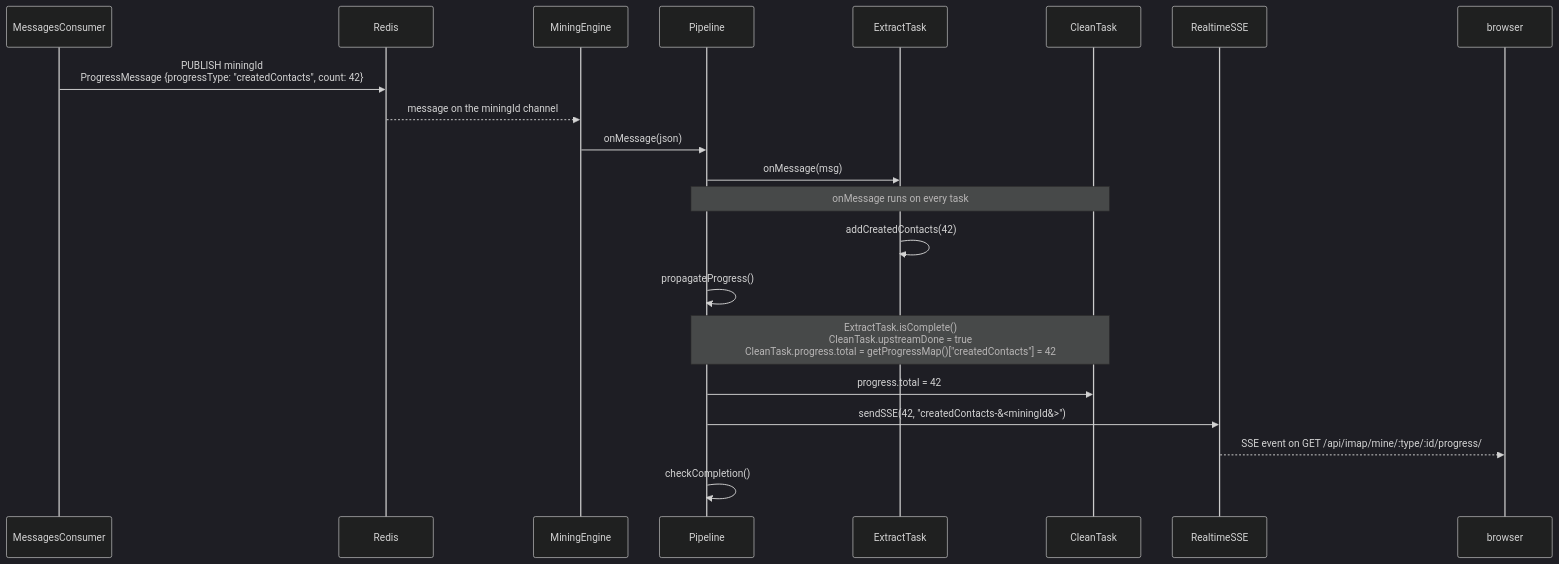
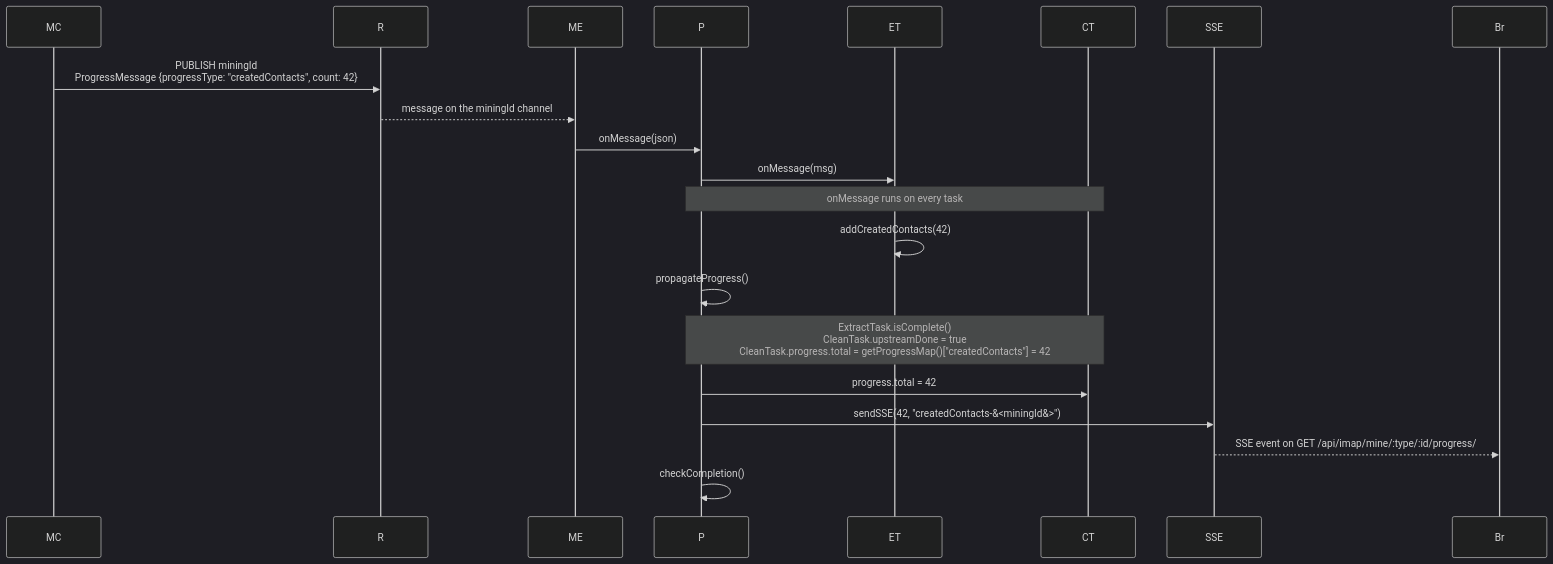
The second of 2 diagrams in docs/mining-pipeline.md (ankaboot-source/leadminer), drawn with Mermaid (dark theme) before and after one commit. The commit also changed other lines of this file and 5 other files, not shown here.

````diff
--- a/docs/mining-pipeline.md
+++ b/docs/mining-pipeline.md
@@ -130,24 +91,15 @@
 ```mermaid
 sequenceDiagram
-  participant MC as MessagesConsumer
-  participant R as Redis
-  participant ME as MiningEngine
-  participant P as Pipeline
-  participant ET as ExtractTask
-  participant CT as CleanTask
-  participant SSE as RealtimeSSE
-  participant Br as browser
-
   MC->>R: PUBLISH miningId<br/>ProgressMessage {progressType: "createdContacts", count: 42}
   R-->>ME: message on the miningId channel
   ME->>P: onMessage(json)
   P->>ET: onMessage(msg)
   Note over P,CT: onMessage runs on every task
   ET->>ET: addCreatedContacts(42)
   P->>P: propagateProgress()
   Note over P,CT: ExtractTask.isComplete()<br/>CleanTask.upstreamDone = true<br/>CleanTask.progress.total = getProgressMap()["createdContacts"] = 42
   P->>CT: progress.total = 42
   P->>SSE: sendSSE(42, "createdContacts-&#60;miningId&#62;")
   SSE-->>Br: SSE event on GET /api/imap/mine/:type/:id/progress/
   P->>P: checkCompletion()
 ```
````
